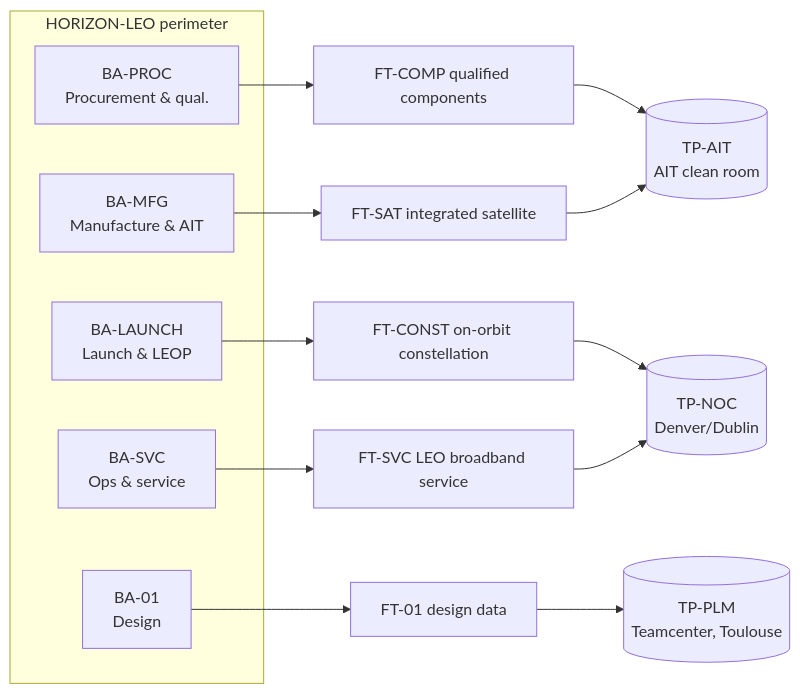
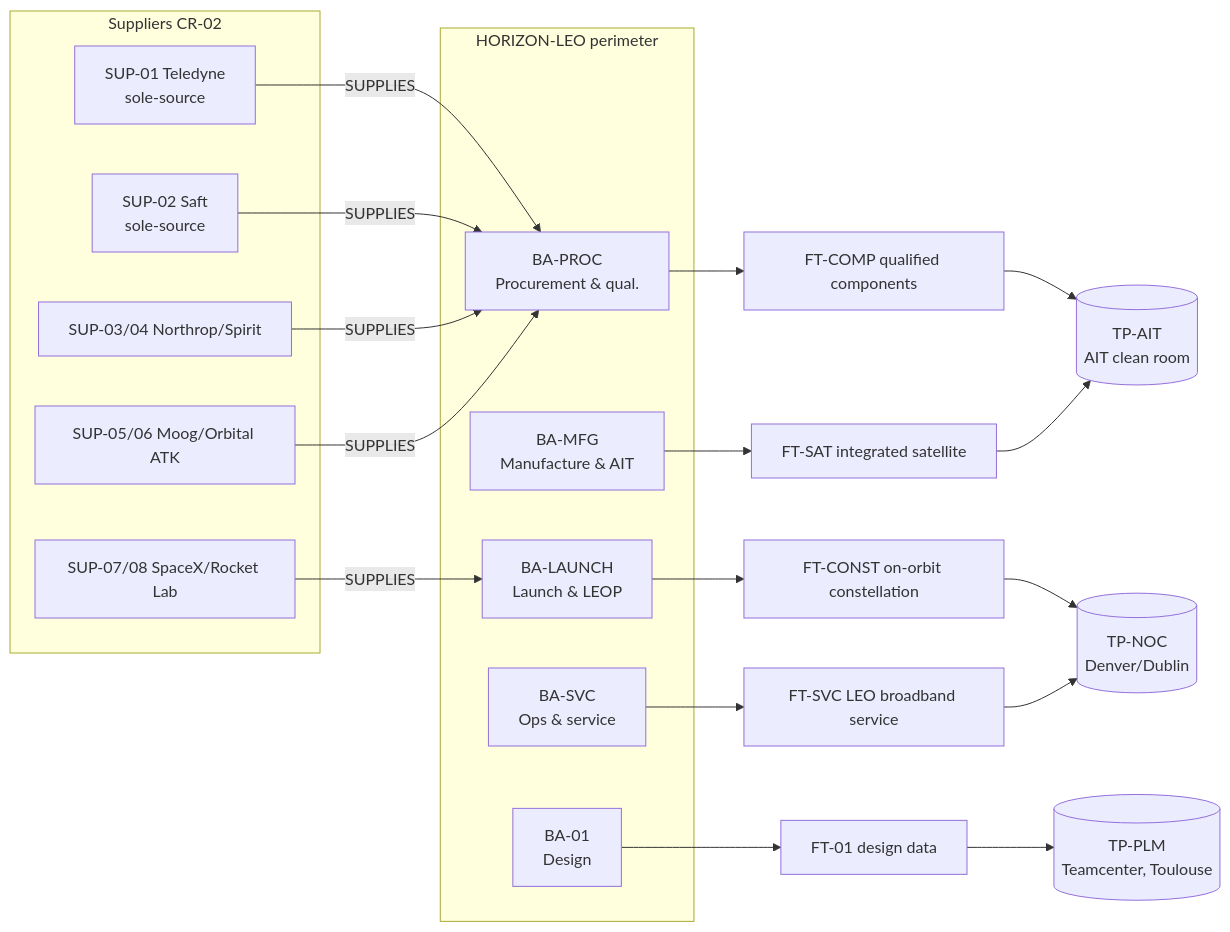
Before and after one commit to oallaire-cyber/ODT_Sourcebook: the diagram in 01 - Worldbook/Annex - Supply Chain & Production.md, drawn with Mermaid. The commit also changed other lines of this file and 12 other files, not shown here.

First line of the commit message:
CR-02 APPLIED: adopt schema.canonical.yaml + regenerate seed with supplier/regulator nodes

````diff
--- a/01 - Worldbook/Annex - Supply Chain & Production.md
+++ b/01 - Worldbook/Annex - Supply Chain & Production.md
@@ -40,15 +43,27 @@
 ```mermaid
 flowchart LR
+  subgraph SUP [Suppliers CR-02]
+    S1[SUP-01 Teledyne\nsole-source]
+    S2[SUP-02 Saft\nsole-source]
+    S34[SUP-03/04 Northrop/Spirit]
+    S56[SUP-05/06 Moog/Orbital ATK]
+    S78[SUP-07/08 SpaceX/Rocket Lab]
+  end
   subgraph BP-LEO [HORIZON-LEO perimeter]
     BA1[BA-PROC\nProcurement & qual.]
     BA2[BA-MFG\nManufacture & AIT]
     BA3[BA-LAUNCH\nLaunch & LEOP]
     BA4[BA-SVC\nOps & service]
     BA0[BA-01\nDesign]
   end
+  S1 -->|SUPPLIES| BA1
+  S2 -->|SUPPLIES| BA1
+  S34 -->|SUPPLIES| BA1
+  S56 -->|SUPPLIES| BA1
+  S78 -->|SUPPLIES| BA3
   BA0 --> FT0[FT-01 design data] --> TPPLM[(TP-PLM\nTeamcenter, Toulouse)]
   BA1 --> FTc[FT-COMP qualified components] --> TPAIT[(TP-AIT\nAIT clean room)]
   BA2 --> FTs[FT-SAT integrated satellite] --> TPAIT
   BA3 --> FTk[FT-CONST on-orbit constellation] --> TPNOC[(TP-NOC\nDenver/Dublin)]
   BA4 --> FTv[FT-SVC LEO broadband service] --> TPNOC
 ```
````
